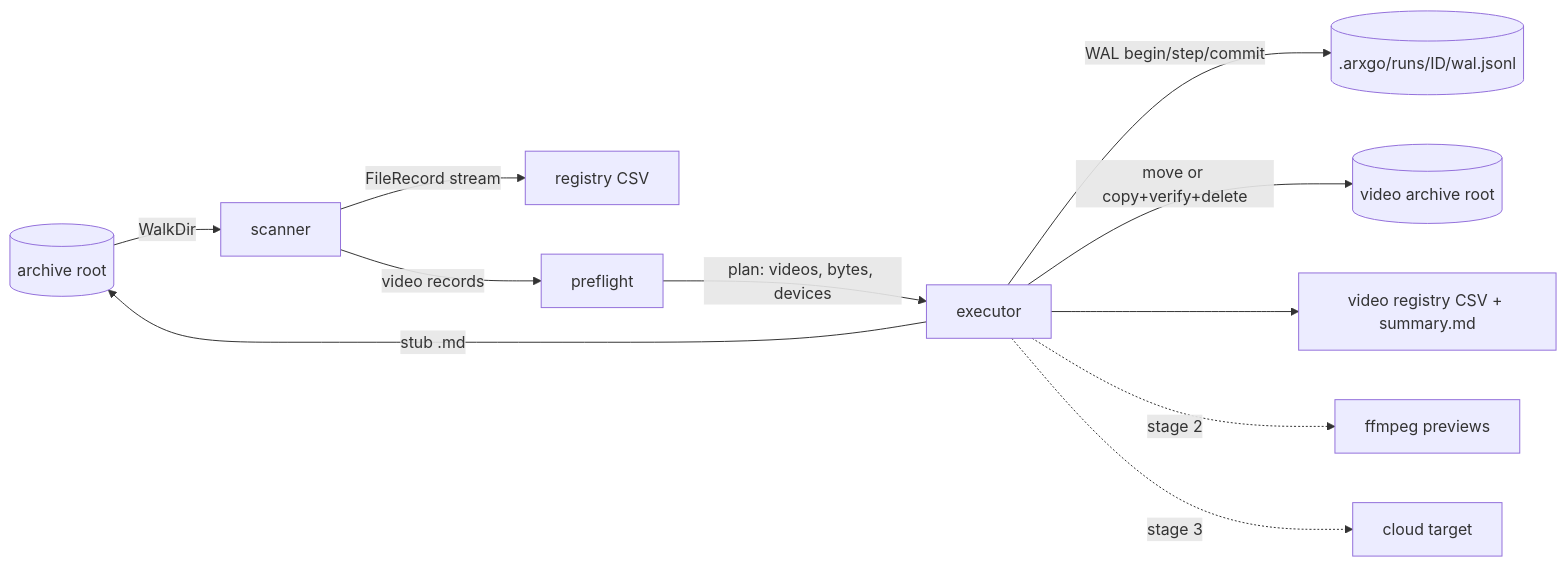
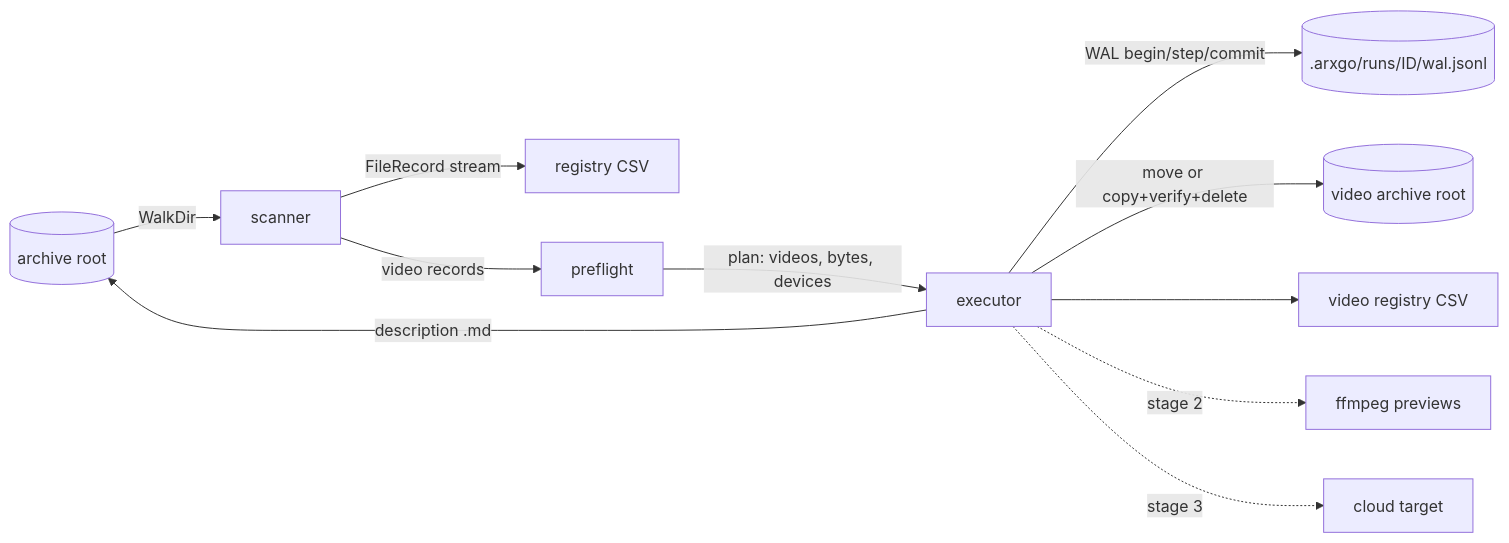
The second of 3 diagrams in docs/openspec/architecture.md (volod/arxiv-go), drawn with Mermaid before and after one commit. The commit also changed other lines of this file and 126 other files, not shown here.

````diff
--- a/docs/openspec/architecture.md
+++ b/docs/openspec/architecture.md
@@ -70,13 +70,13 @@
 ```mermaid
 flowchart LR
     A[(archive root)] -->|WalkDir| S[scanner]
     S -->|FileRecord stream| R[registry CSV]
     S -->|video records| P[preflight]
     P -->|plan: videos, bytes, devices| X[executor]
     X -->|WAL begin/step/commit| W[(.arxgo/runs/ID/wal.jsonl)]
     X -->|move or copy+verify+delete| V[(video archive root)]
-    X -->|stub .md| A
-    X --> VR[video registry CSV + summary.md]
+    X -->|description .md| A
+    X --> VR[video registry CSV]
     X -.->|stage 2| FF[ffmpeg previews]
     X -.->|stage 3| C[cloud target]
 ```
````
